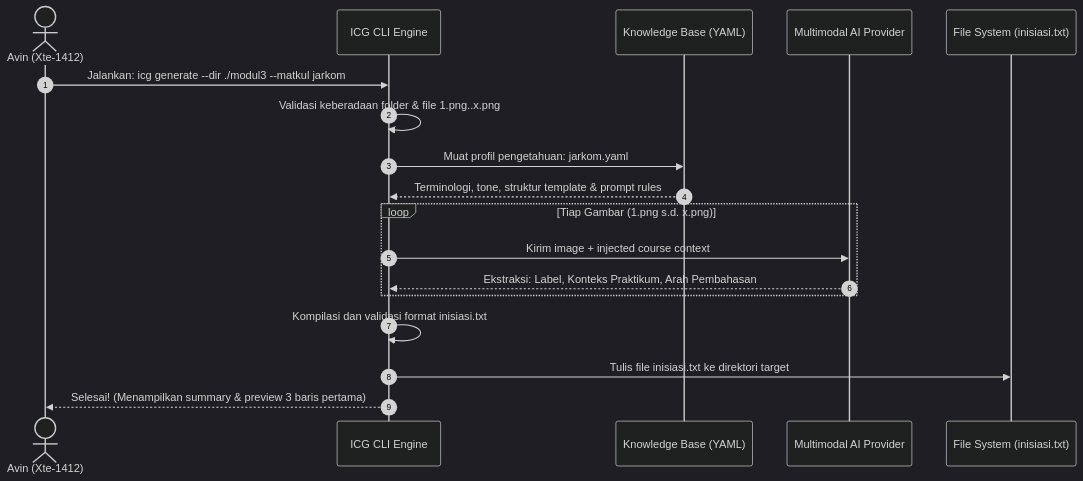
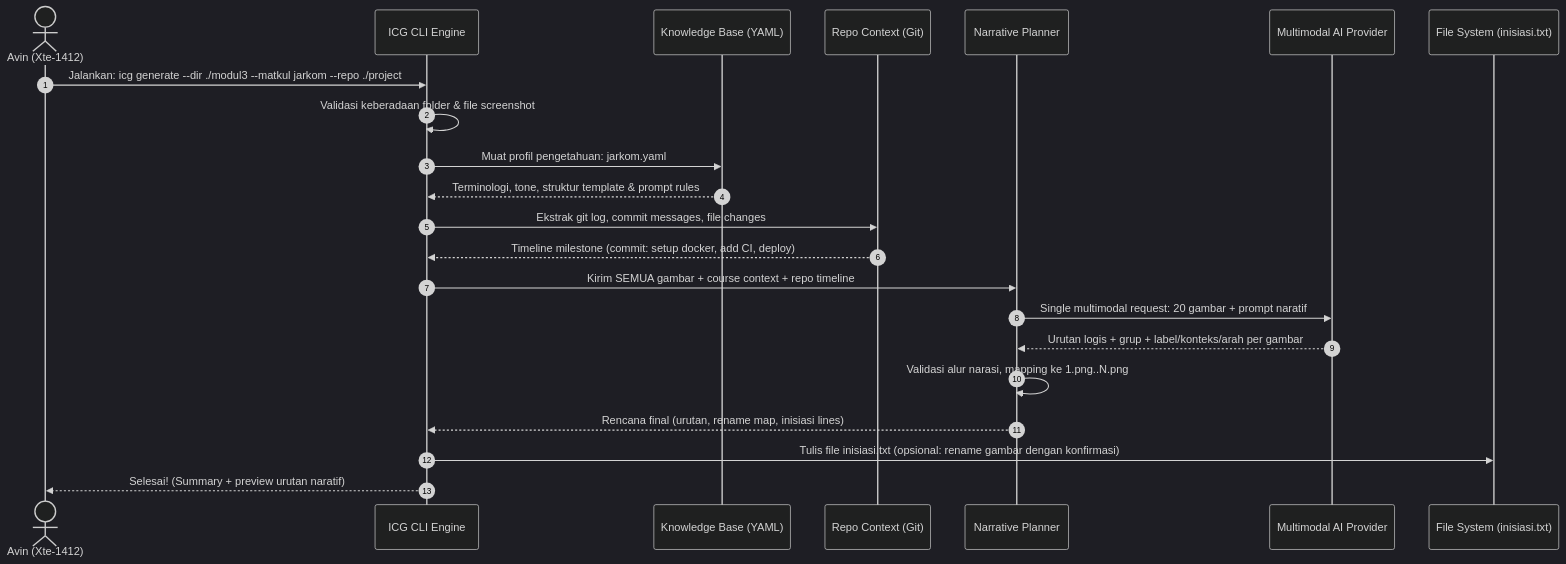
One commit to AcademyCity-RND/AC-ImageContext-Generator changed the second of 2 diagrams in PRD.md. Above: the diagram before and after it, drawn with Mermaid (dark theme). The commit also changed other lines of this file and 2 other files, not shown here.

Commit message:
docs: update PRD and README with holistic narrative planner (director mode) roadmap & clearer env placeholder

````diff
--- a/PRD.md
+++ b/PRD.md
@@ -82,23 +90,25 @@
 ```mermaid
 sequenceDiagram
     autonumber
     actor User as Avin (Xte-1412)
     participant CLI as ICG CLI Engine
     participant KB as Knowledge Base (YAML)
+    participant Repo as Repo Context (Git)
+    participant Director as Narrative Planner
     participant Vision as Multimodal AI Provider
     participant Out as File System (inisiasi.txt)
 
-    User->>CLI: Jalankan: icg generate --dir ./modul3 --matkul jarkom
-    CLI->>CLI: Validasi keberadaan folder & file 1.png..x.png
+    User->>CLI: Jalankan: icg generate --dir ./modul3 --matkul jarkom --repo ./project
+    CLI->>CLI: Validasi keberadaan folder & file screenshot
     CLI->>KB: Muat profil pengetahuan: jarkom.yaml
     KB-->>CLI: Terminologi, tone, struktur template & prompt rules
-
-    loop Tiap Gambar (1.png s.d. x.png)
-        CLI->>Vision: Kirim image + injected course context
-        Vision-->>CLI: Ekstraksi: Label, Konteks Praktikum, Arah Pembahasan
-    end
-
-    CLI->>CLI: Kompilasi dan validasi format inisiasi.txt
-    CLI->>Out: Tulis file inisiasi.txt ke direktori target
-    CLI-->>User: Selesai! (Menampilkan summary & preview 3 baris pertama)
+    CLI->>Repo: Ekstrak git log, commit messages, file changes
+    Repo-->>CLI: Timeline milestone (commit: setup docker, add CI, deploy)
+    CLI->>Director: Kirim SEMUA gambar + course context + repo timeline
+    Director->>Vision: Single multimodal request: 20 gambar + prompt naratif
+    Vision-->>Director: Urutan logis + grup + label/konteks/arah per gambar
+    Director->>Director: Validasi alur narasi, mapping ke 1.png..N.png
+    Director-->>CLI: Rencana final (urutan, rename map, inisiasi lines)
+    CLI->>Out: Tulis file inisiasi.txt (opsional: rename gambar dengan konfirmasi)
+    CLI-->>User: Selesai! (Summary + preview urutan naratif)
 ```
````
